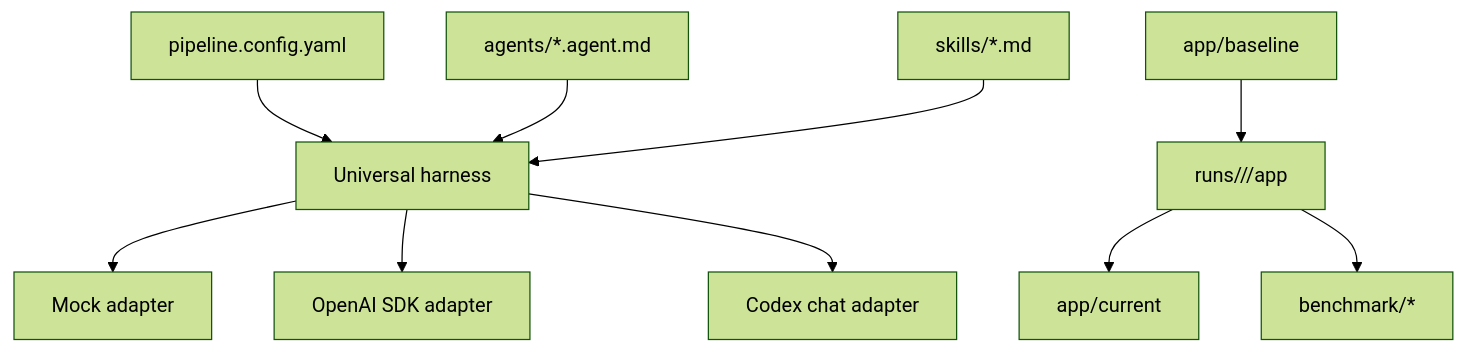
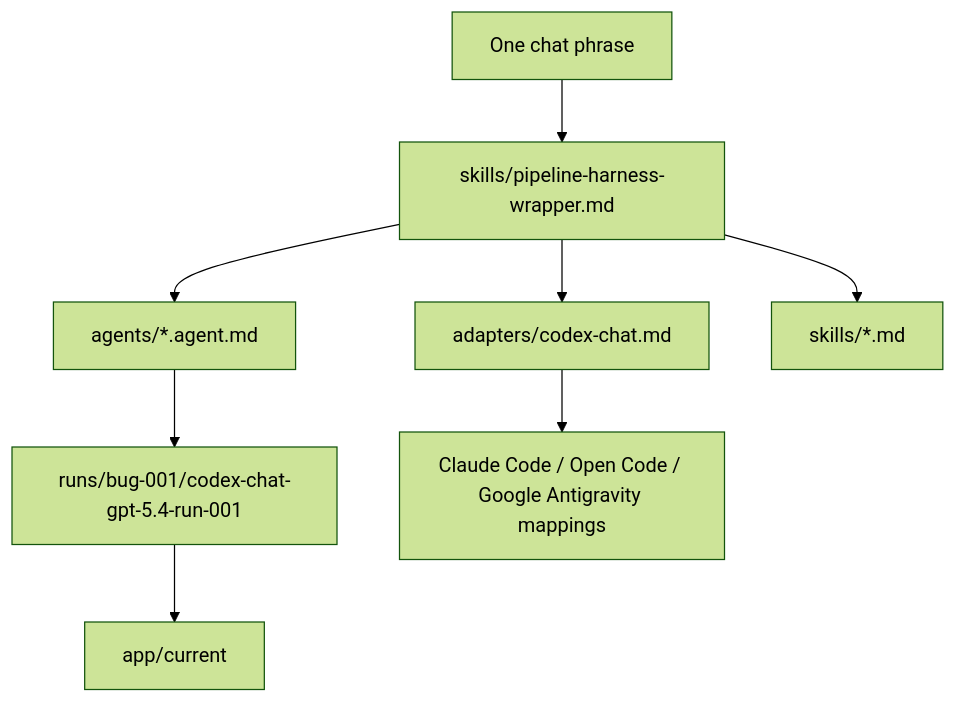
The first of 2 diagrams in homework-4/ARCHITECTURE.md (itxyzzz/gen-ai-se-hw), drawn with Mermaid (forest theme) before and after one commit. The commit also changed other lines of this file and 129 other files, not shown here.

Commit message:
Refactor HW4 pipeline to text harness

````diff
--- a/homework-4/ARCHITECTURE.md
+++ b/homework-4/ARCHITECTURE.md
@@ -5,12 +5,10 @@
 ```mermaid
 flowchart TB
-  Config["pipeline.config.yaml"] --> Harness["Universal harness"]
-  Agents["agents/*.agent.md"] --> Harness
-  Skills["skills/*.md"] --> Harness
-  Baseline["app/baseline"] --> Runs["runs/<scenario>/<run-id>/app"]
-  Harness --> Mock["Mock adapter"]
-  Harness --> OpenAI["OpenAI SDK adapter"]
-  Harness --> Codex["Codex chat adapter"]
-  Runs --> Current["app/current"]
-  Runs --> Benchmark["benchmark/*"]
+  Phrase["One chat phrase"] --> Harness["skills/pipeline-harness-wrapper.md"]
+  Harness --> Adapter["adapters/codex-chat.md"]
+  Harness --> Agents["agents/*.agent.md"]
+  Harness --> Skills["skills/*.md"]
+  Agents --> Run["runs/bug-001/codex-chat-gpt-5.4-run-001"]
+  Run --> Current["app/current"]
+  Adapter --> Portable["Claude Code / Open Code / Google Antigravity mappings"]
 ```
````
